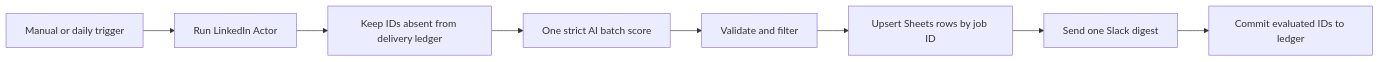
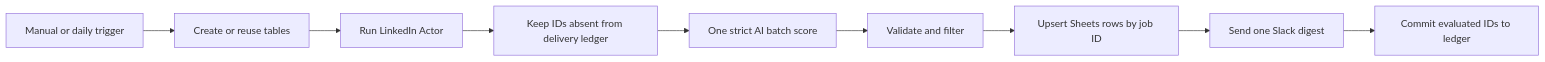
Before and after one commit to annamiy/fetchcat-n8n-workflows: the diagram in workflows/linkedin-job-match-digest/README.md, drawn with Mermaid. The commit also changed other lines of this file and 30 other files, not shown here.

````diff
--- a/workflows/linkedin-job-match-digest/README.md
+++ b/workflows/linkedin-job-match-digest/README.md
@@ -38,10 +37,11 @@
 ```mermaid
 flowchart LR
-  T[Manual or daily trigger] --> A[Run LinkedIn Actor]
+  T[Manual or daily trigger] --> I[Create or reuse tables]
+  I --> A[Run LinkedIn Actor]
   A --> D[Keep IDs absent from delivery ledger]
   D --> O[One strict AI batch score]
   O --> F[Validate and filter]
   F --> G[Upsert Sheets rows by job ID]
   G --> S[Send one Slack digest]
   S --> L[Commit evaluated IDs to ledger]
 ```
````
